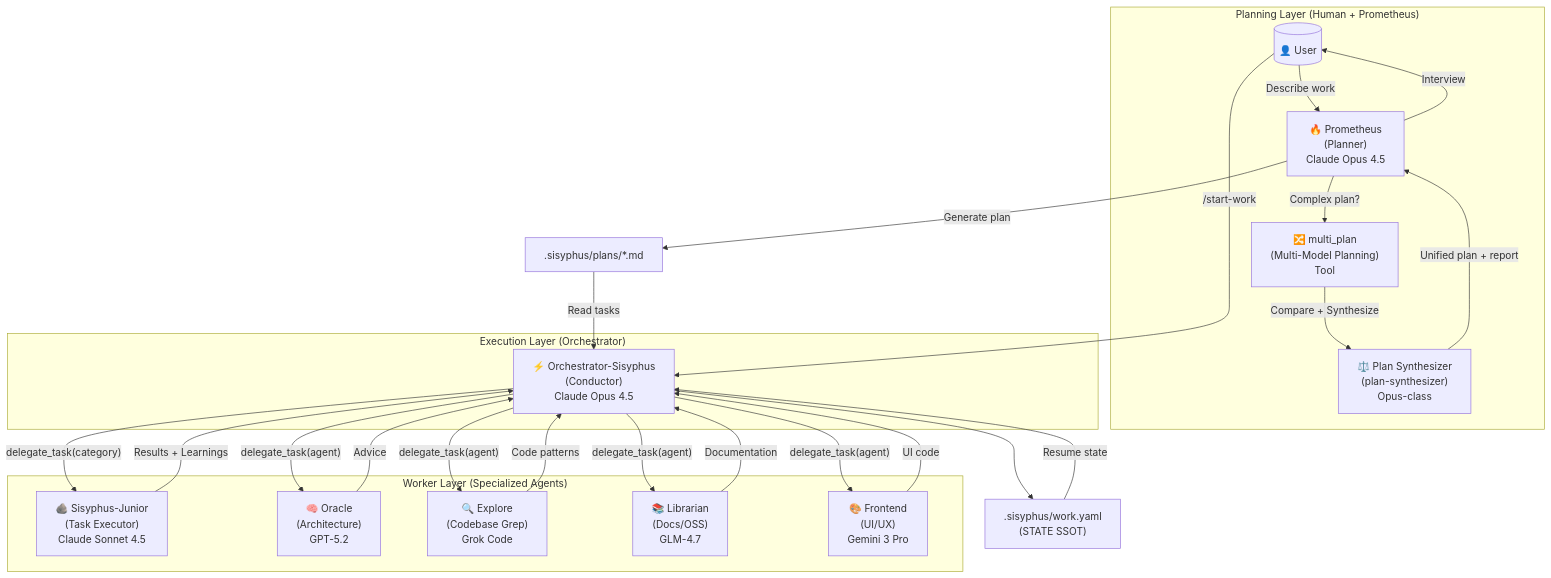
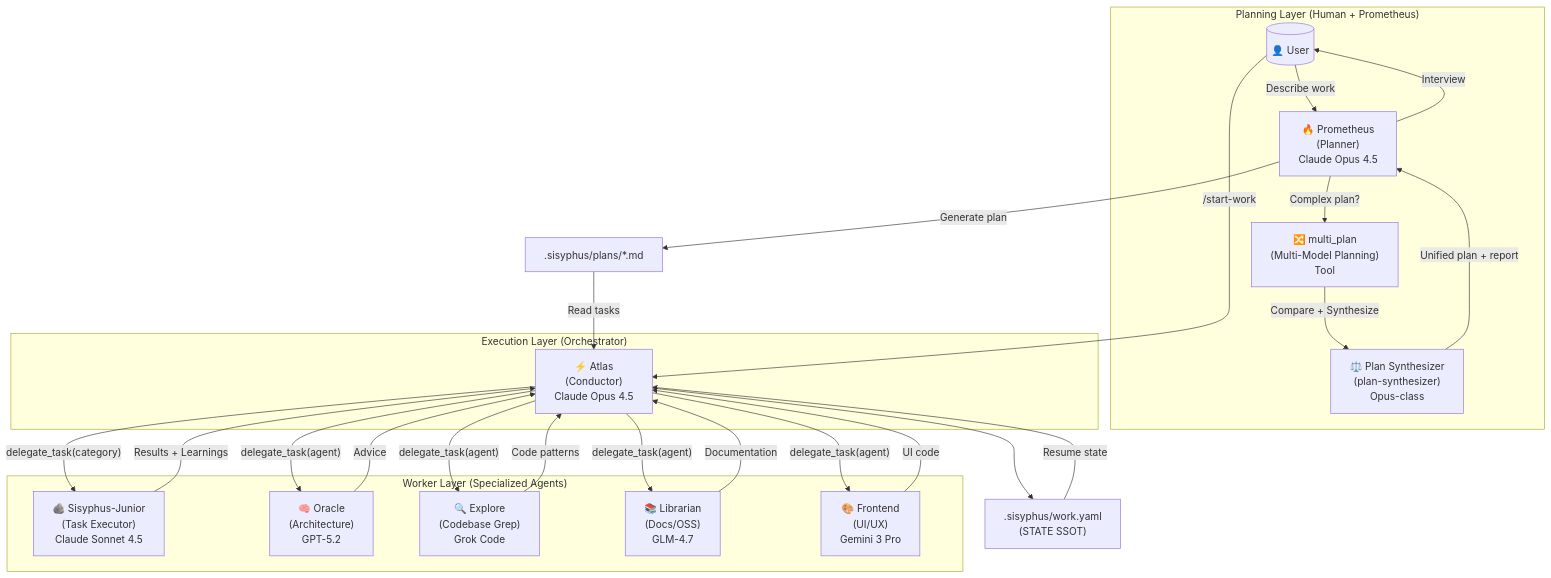
One commit to arcthur/oh-my-opencode changed the first of 4 diagrams in docs/guide/understanding-orchestration-system.md. Above: the diagram before and after it, drawn with Mermaid. The commit also changed other lines of this file and 222 other files, not shown here.

````diff
--- a/docs/guide/understanding-orchestration-system.md
+++ b/docs/guide/understanding-orchestration-system.md
@@ -22,45 +22,45 @@
 ```mermaid
 flowchart TB
     subgraph Planning["Planning Layer (Human + Prometheus)"]
         User[("👤 User")]
         Prometheus["🔥 Prometheus<br/>(Planner)<br/>Claude Opus 4.5"]
         MultiPlan["🔀 multi_plan<br/>(Multi-Model Planning)<br/>Tool"]
         Synth["⚖️ Plan Synthesizer<br/>(plan-synthesizer)<br/>Opus-class"]
     end
     
     subgraph Execution["Execution Layer (Orchestrator)"]
-        Orchestrator["⚡ Orchestrator-Sisyphus<br/>(Conductor)<br/>Claude Opus 4.5"]
+        Orchestrator["⚡ Atlas<br/>(Conductor)<br/>Claude Opus 4.5"]
     end
     
     subgraph Workers["Worker Layer (Specialized Agents)"]
         Junior["🪨 Sisyphus-Junior<br/>(Task Executor)<br/>Claude Sonnet 4.5"]
         Oracle["🧠 Oracle<br/>(Architecture)<br/>GPT-5.2"]
         Explore["🔍 Explore<br/>(Codebase Grep)<br/>Grok Code"]
         Librarian["📚 Librarian<br/>(Docs/OSS)<br/>GLM-4.7"]
         Frontend["🎨 Frontend<br/>(UI/UX)<br/>Gemini 3 Pro"]
     end
     
     User -->|"Describe work"| Prometheus
     Prometheus -->|"Interview"| User
     Prometheus -->|"Generate plan"| Plan[".sisyphus/plans/*.md"]
     Prometheus -->|"Complex plan?"| MultiPlan
     MultiPlan -->|"Compare + Synthesize"| Synth
     Synth -->|"Unified plan + report"| Prometheus
     
     User -->|"/start-work"| Orchestrator
     Orchestrator --> WorkState[".sisyphus/work.yaml<br/>(STATE SSOT)"]
     Plan -->|"Read tasks"| Orchestrator
     WorkState -->|"Resume state"| Orchestrator
     
     Orchestrator -->|"delegate_task(category)"| Junior
     Orchestrator -->|"delegate_task(agent)"| Oracle
     Orchestrator -->|"delegate_task(agent)"| Explore
     Orchestrator -->|"delegate_task(agent)"| Librarian
     Orchestrator -->|"delegate_task(agent)"| Frontend
     
     Junior -->|"Results + Learnings"| Orchestrator
     Oracle -->|"Advice"| Orchestrator
     Explore -->|"Code patterns"| Orchestrator
     Librarian -->|"Documentation"| Orchestrator
     Frontend -->|"UI code"| Orchestrator
 ```
````
